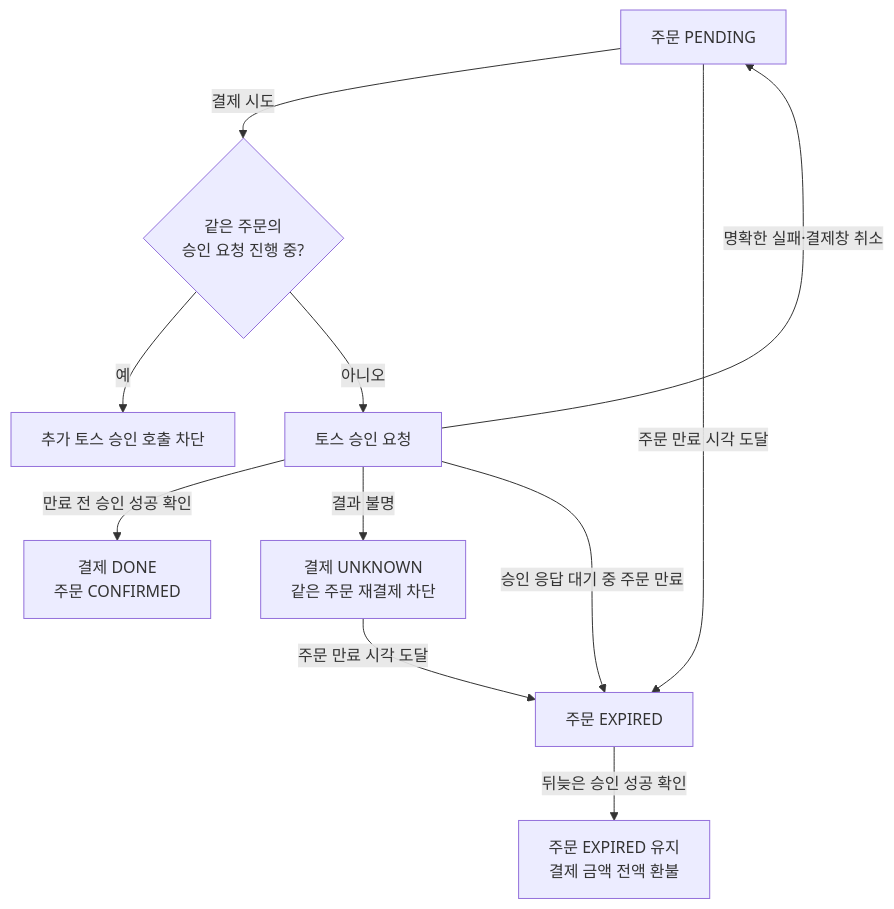
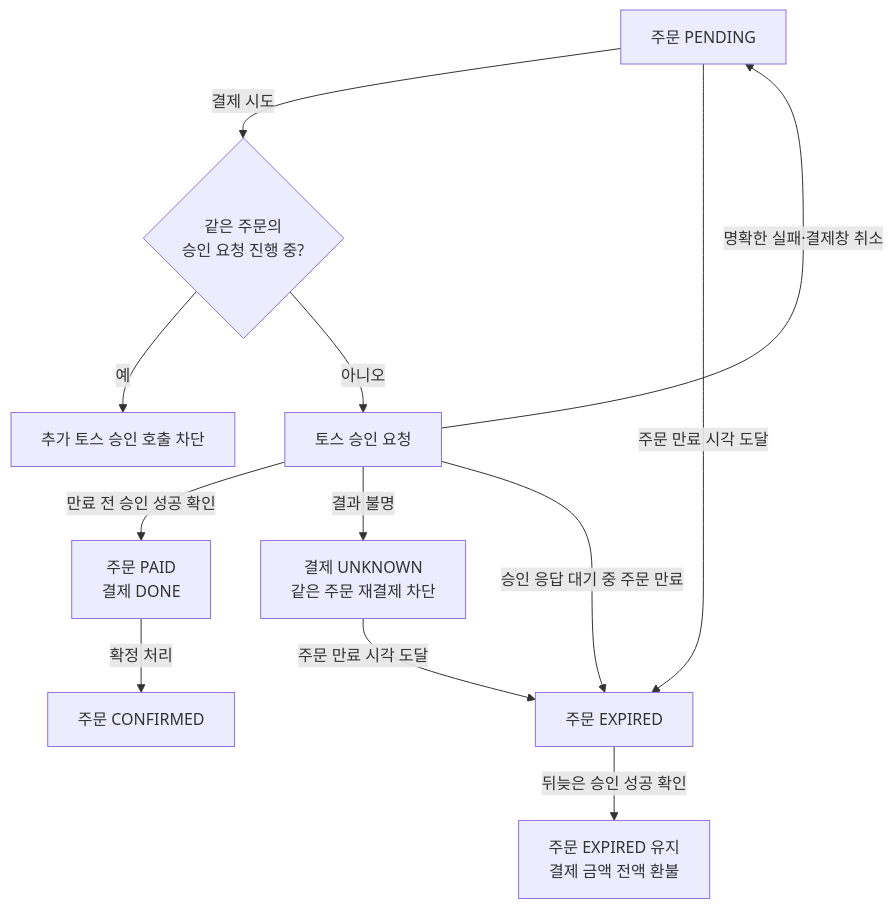
The second of 3 diagrams in docs/policy/payment.md (woowacourse-teams/2026-setty), drawn with Mermaid before and after one commit. The commit also changed other lines of this file and 4 other files, not shown here.

````diff
--- a/docs/policy/payment.md
+++ b/docs/policy/payment.md
@@ -47,13 +48,14 @@
 ```mermaid
 flowchart TB
     P["주문 PENDING"] -->|"결제 시도"| G{"같은 주문의<br/>승인 요청 진행 중?"}
     G -->|"예"| B["추가 토스 승인 호출 차단"]
     G -->|"아니오"| T["토스 승인 요청"]
-    T -->|"만료 전 승인 성공 확인"| C["결제 DONE<br/>주문 CONFIRMED"]
+    T -->|"만료 전 승인 성공 확인"| C["주문 PAID<br/>결제 DONE"]
+    C -->|"확정 처리"| CF["주문 CONFIRMED"]
     T -->|"명확한 실패·결제창 취소"| P
     T -->|"결과 불명"| U["결제 UNKNOWN<br/>같은 주문 재결제 차단"]
     P -->|"주문 만료 시각 도달"| E["주문 EXPIRED"]
     T -->|"승인 응답 대기 중 주문 만료"| E
     U -->|"주문 만료 시각 도달"| E
     E -->|"뒤늦은 승인 성공 확인"| R["주문 EXPIRED 유지<br/>결제 금액 전액 환불"]
 ```
````
